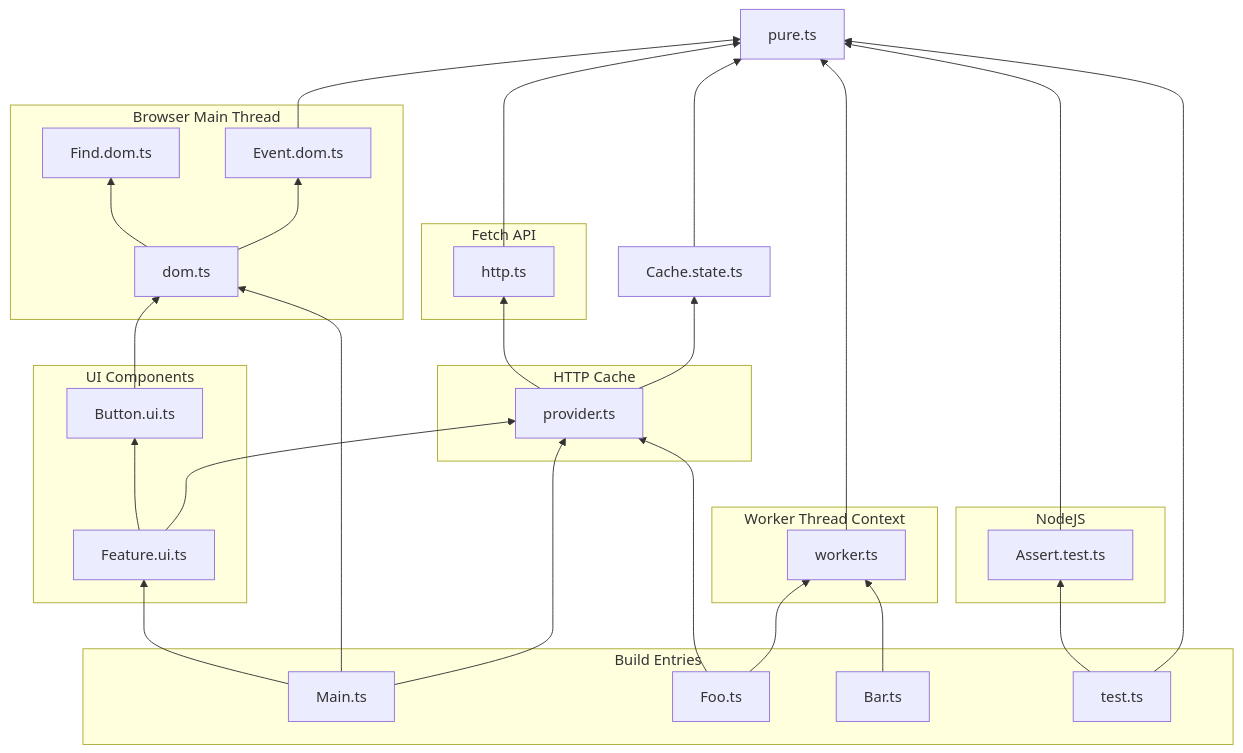
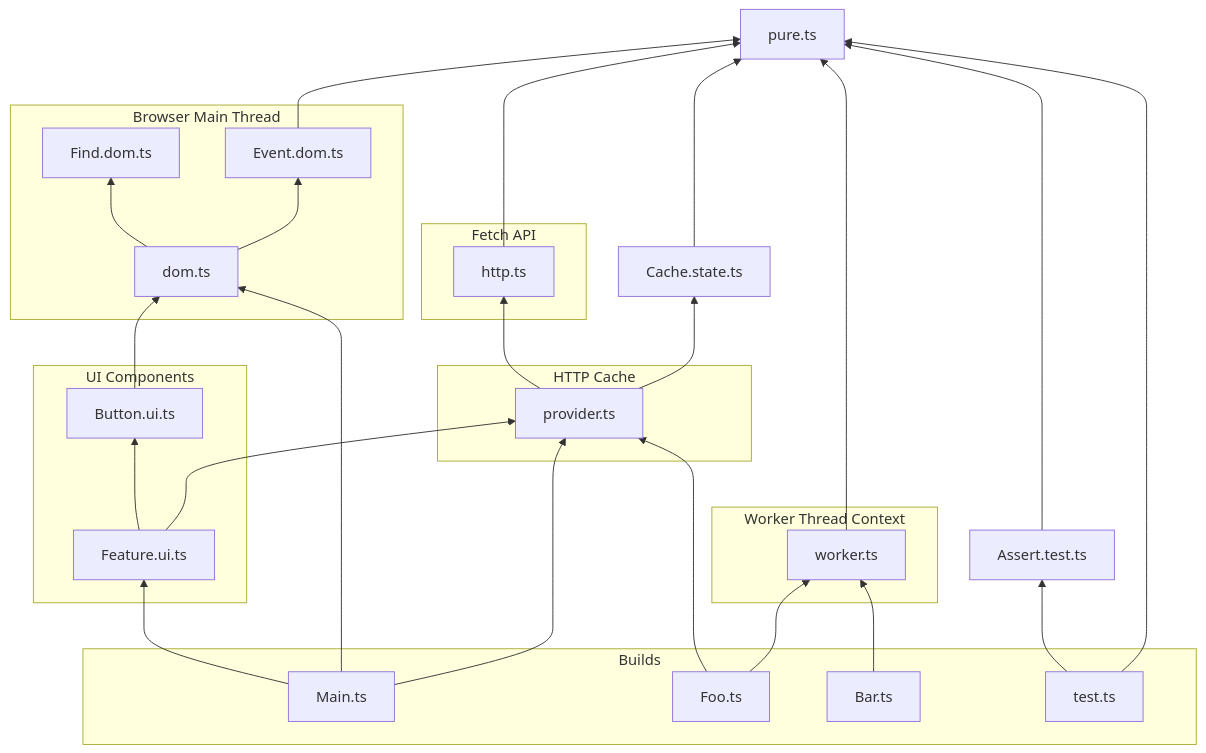
One commit to muniworth/purity-seal changed the fourth of 4 diagrams in README.md. Above: the diagram before and after it, drawn with Mermaid. The commit also changed other lines of this file and 5 other files, not shown here.

````diff
--- a/README.md
+++ b/README.md
@@ -94,58 +83,55 @@
 ```mermaid
 graph BT;
 	subgraph Browser Main Thread
 		dom.ts
 		Find.dom.ts
 		Event.dom.ts
 	end
 	dom.ts --> Find.dom.ts
 	dom.ts --> Event.dom.ts
 	Event.dom.ts --> pure.ts
 
 	subgraph UI Components
 		Button.ui.ts
 		Feature.ui.ts
 	end
 	Button.ui.ts --> dom.ts
 	Feature.ui.ts --> Button.ui.ts
 	Feature.ui.ts --> provider.ts
 
 	subgraph Fetch API
 		http.ts
 	end
 	http.ts --> pure.ts
 
 	Cache.state.ts --> pure.ts
 
 	subgraph HTTP Cache
 		provider.ts
 	end
 	provider.ts --> Cache.state.ts
 	provider.ts --> http.ts
 
 	subgraph Worker Thread Context
 		worker.ts
 	end
 	worker.ts --> pure.ts
 
-	subgraph NodeJS
-		Assert.test.ts
-	end
 	Assert.test.ts --> pure.ts
 
-	subgraph Build Entries
+	subgraph Builds
 		Main.ts
 		Foo.ts
 		Bar.ts
 		test.ts
 	end
 
 	Main.ts --> dom.ts
 	Main.ts --> provider.ts
 	Main.ts --> Feature.ui.ts
 	Foo.ts --> provider.ts
 	Foo.ts --> worker.ts
 	Bar.ts --> worker.ts
 	test.ts --> pure.ts
 	test.ts --> Assert.test.ts
 ```
````
